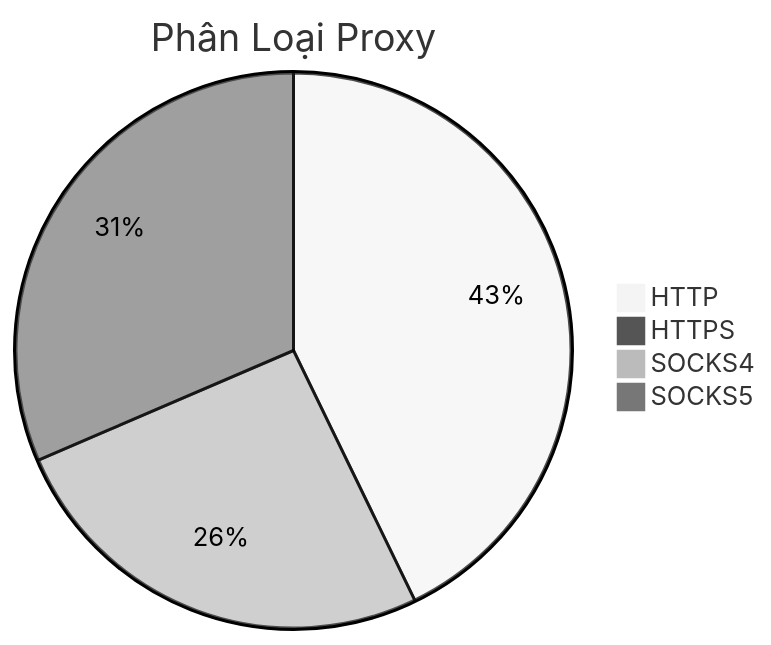
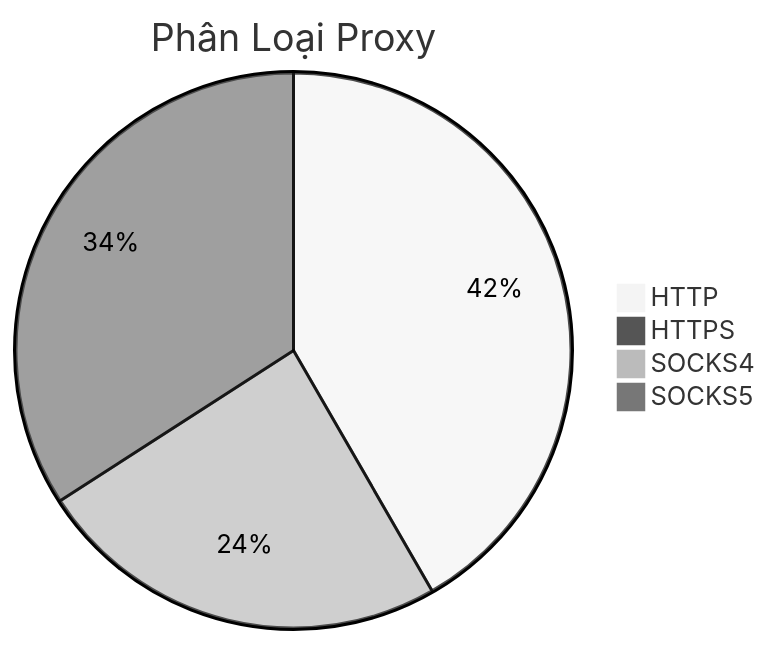
The diagram in README.md (Ciara-12/PROXY-free), drawn with Mermaid (neutral theme) before and after one commit. The commit also changed other lines of this file and 4 other files, not shown here.

````diff
--- a/README.md
+++ b/README.md
@@ -26,7 +26,7 @@
 ```mermaid
 pie title Phân Loại Proxy
-    "HTTP" : 479
-    "HTTPS" : 0
-    "SOCKS4" : 288
-    "SOCKS5" : 352
+    "HTTP" : 413
+    "HTTPS" : 1
+    "SOCKS4" : 240
+    "SOCKS5" : 338
 ```
````
